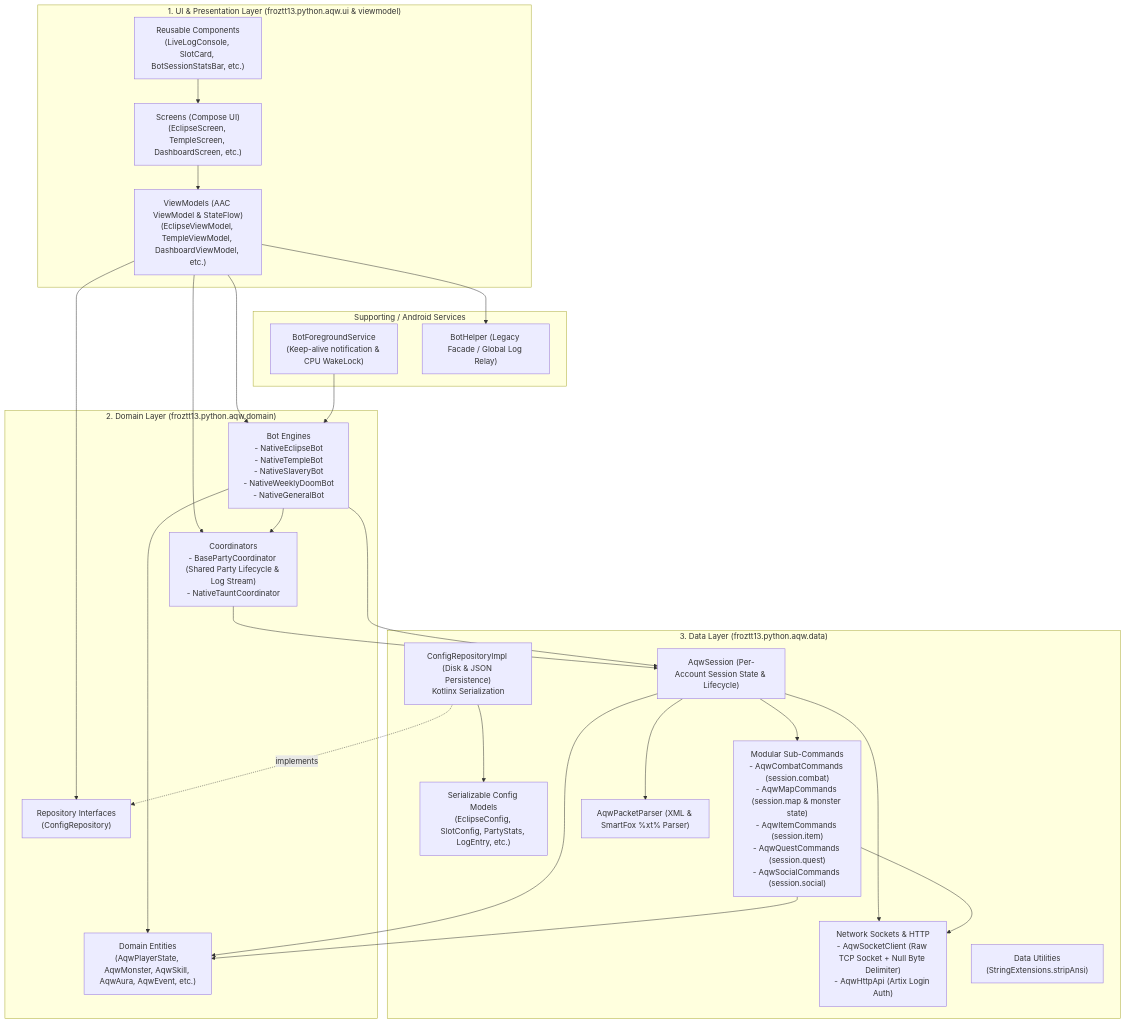
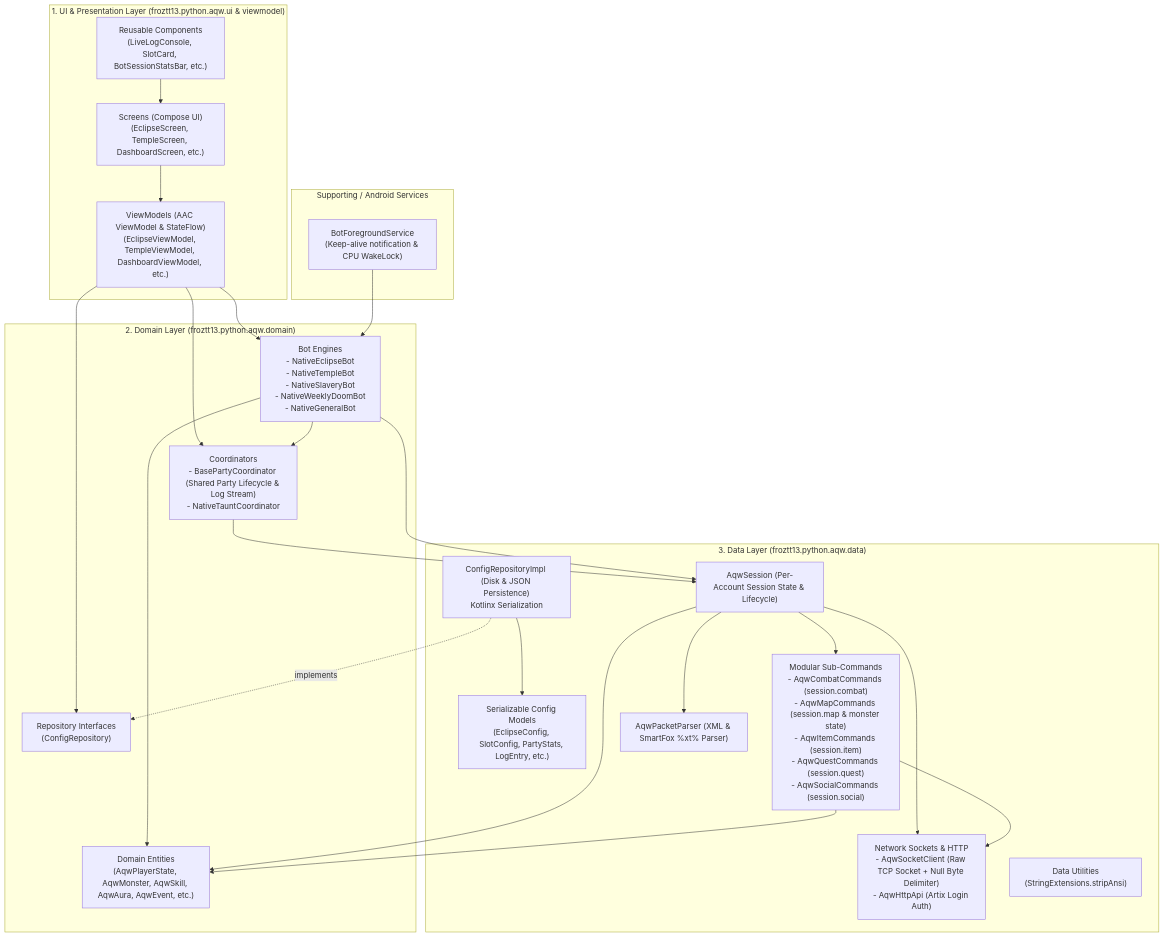
Before and after one commit to dwiki08/aqwp-android: the diagram in ARCHITECTURE.md, drawn with Mermaid. The commit also changed other lines of this file and 11 other files, not shown here.

Commit message:
Refactor bot logging to use local StateFlows, remove BotHelper centralized logging, refactor Temple setup and combat logic, and extract Weekly Doom account processing

````diff
--- a/ARCHITECTURE.md
+++ b/ARCHITECTURE.md
@@ -12,55 +12,53 @@
 ```mermaid
 graph TD
     subgraph UI_Layer ["1. UI & Presentation Layer (froztt13.python.aqw.ui & viewmodel)"]
         Screens["Screens (Compose UI)\n(EclipseScreen, TempleScreen, DashboardScreen, etc.)"]
         Components["Reusable Components\n(LiveLogConsole, SlotCard, BotSessionStatsBar, etc.)"]
         ViewModels["ViewModels (AAC ViewModel & StateFlow)\n(EclipseViewModel, TempleViewModel, DashboardViewModel, etc.)"]
     end
 
     subgraph Domain_Layer ["2. Domain Layer (froztt13.python.aqw.domain)"]
         Coordinators["Coordinators\n- BasePartyCoordinator (Shared Party Lifecycle & Log Stream)\n- NativeTauntCoordinator"]
         BotEngines["Bot Engines\n- NativeEclipseBot\n- NativeTempleBot\n- NativeSlaveryBot\n- NativeWeeklyDoomBot\n- NativeGeneralBot"]
         DomainModels["Domain Entities\n(AqwPlayerState, AqwMonster, AqwSkill, AqwAura, AqwEvent, etc.)"]
         RepoInterfaces["Repository Interfaces\n(ConfigRepository)"]
     end
 
     subgraph Data_Layer ["3. Data Layer (froztt13.python.aqw.data)"]
         ConfigRepo["ConfigRepositoryImpl (Disk & JSON Persistence)\nKotlinx Serialization"]
         DataModels["Serializable Config Models\n(EclipseConfig, SlotConfig, PartyStats, LogEntry, etc.)"]
         Engine["AqwSession (Per-Account Session State & Lifecycle)"]
         Commands["Modular Sub-Commands\n- AqwCombatCommands (session.combat)\n- AqwMapCommands (session.map & monster state)\n- AqwItemCommands (session.item)\n- AqwQuestCommands (session.quest)\n- AqwSocialCommands (session.social)"]
         PacketParser["AqwPacketParser (XML & SmartFox %xt% Parser)"]
         Network["Network Sockets & HTTP\n- AqwSocketClient (Raw TCP Socket + Null Byte Delimiter)\n- AqwHttpApi (Artix Login Auth)"]
         DataUtil["Data Utilities\n(StringExtensions.stripAnsi)"]
     end
 
     subgraph Service_Layer ["Supporting / Android Services"]
         Service["BotForegroundService\n(Keep-alive notification & CPU WakeLock)"]
-        Helper["BotHelper (Legacy Facade / Global Log Relay)"]
     end
 
     %% Dependency Connections
     Screens --> ViewModels
     Components --> Screens
     ViewModels --> Coordinators
     ViewModels --> BotEngines
     ViewModels --> RepoInterfaces
-    ViewModels --> Helper
 
     Coordinators --> Engine
     BotEngines --> Engine
     BotEngines --> Coordinators
     BotEngines --> DomainModels
 
     ConfigRepo -.->|implements| RepoInterfaces
     ConfigRepo --> DataModels
 
     Engine --> Commands
     Engine --> PacketParser
     Engine --> Network
     Engine --> DomainModels
     Commands --> DomainModels
     Commands --> Network
 
     Service --> BotEngines
 ```
````
